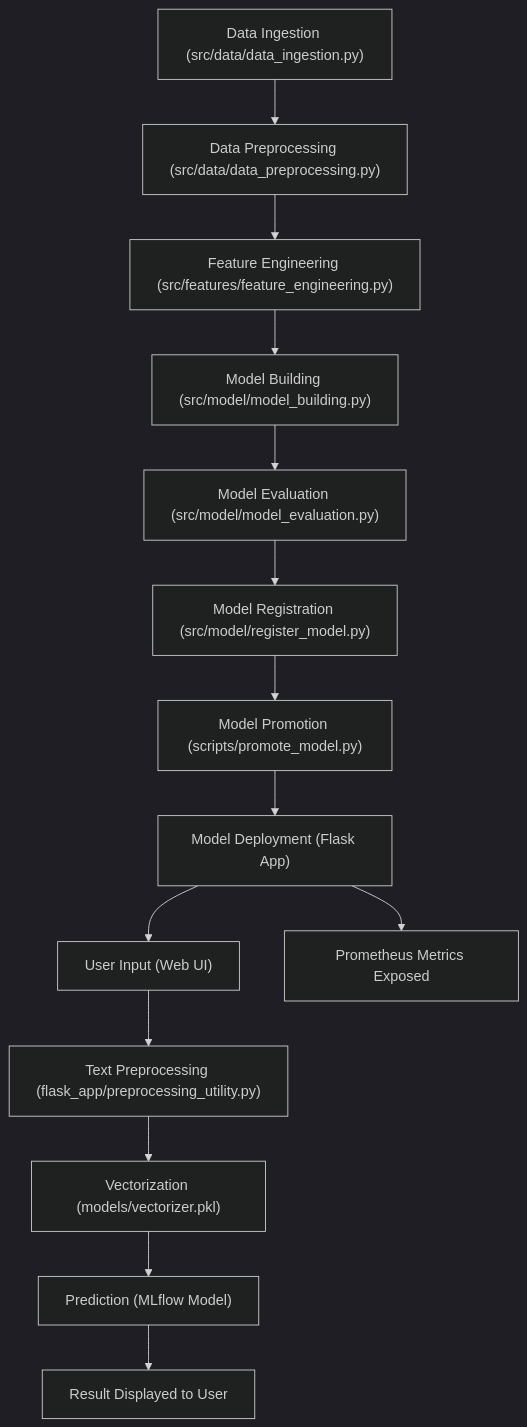
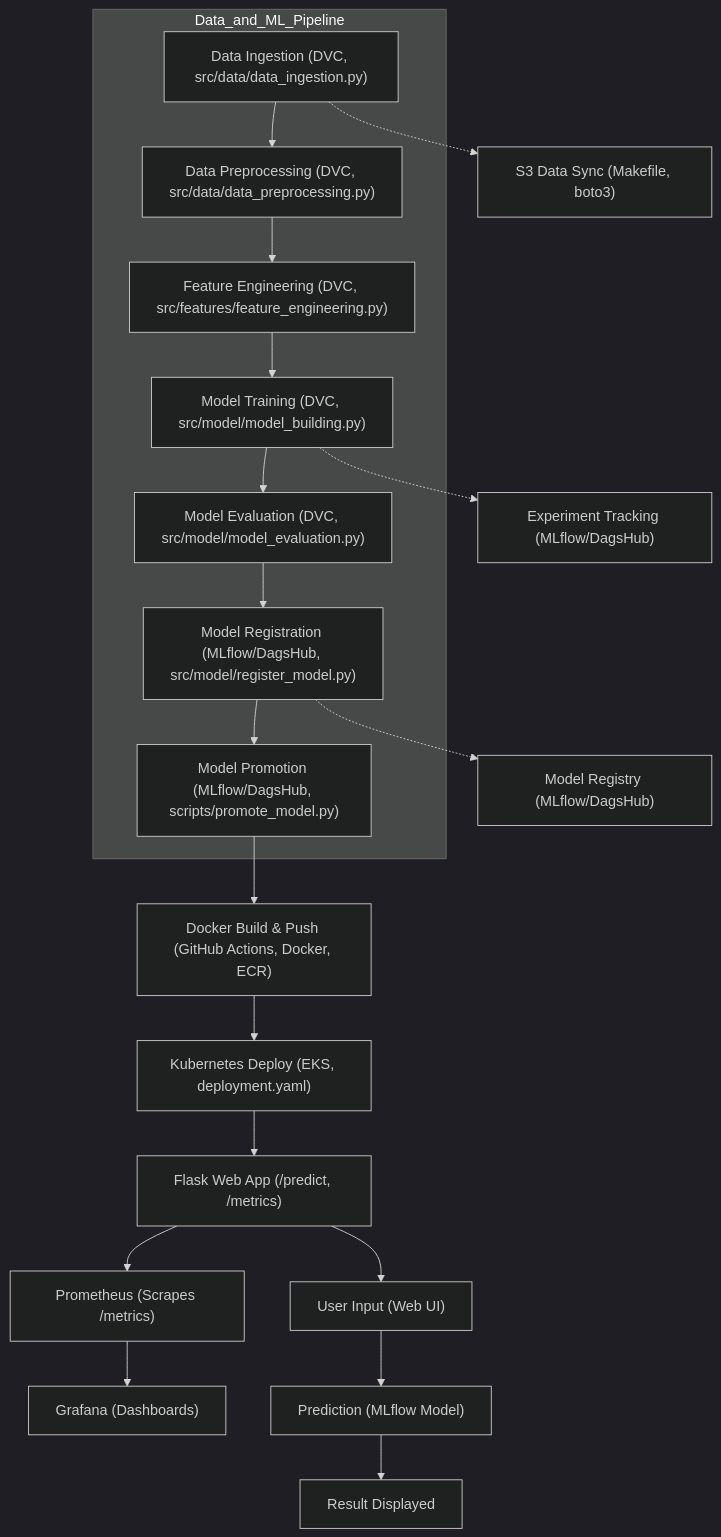
The diagram in README.md (extremecoder-rgb/Sentiment-Analysis-End-to-End-data-pipeline), drawn with Mermaid (dark theme) before and after one commit. The commit also changed other lines of this file and 3 other files, not shown here.

````diff
--- a/README.md
+++ b/README.md
@@ -92,16 +65,22 @@
 ```mermaid
 flowchart TD
-    A["Data Ingestion (src/data/data_ingestion.py)"] --> B["Data Preprocessing (src/data/data_preprocessing.py)"]
-    B --> C["Feature Engineering (src/features/feature_engineering.py)"]
-    C --> D["Model Building (src/model/model_building.py)"]
-    D --> E["Model Evaluation (src/model/model_evaluation.py)"]
-    E --> F["Model Registration (src/model/register_model.py)"]
-    F --> G["Model Promotion (scripts/promote_model.py)"]
-    G --> H["Model Deployment (Flask App)"]
-    H --> I["User Input (Web UI)"]
-    I --> J["Text Preprocessing (flask_app/preprocessing_utility.py)"]
-    J --> K["Vectorization (models/vectorizer.pkl)"]
-    K --> L["Prediction (MLflow Model)"]
-    L --> M["Result Displayed to User"]
-    H --> N["Prometheus Metrics Exposed"]
+    subgraph Data_and_ML_Pipeline
+        A["Data Ingestion (DVC, src/data/data_ingestion.py)"] --> B["Data Preprocessing (DVC, src/data/data_preprocessing.py)"]
+        B --> C["Feature Engineering (DVC, src/features/feature_engineering.py)"]
+        C --> D["Model Training (DVC, src/model/model_building.py)"]
+        D --> E["Model Evaluation (DVC, src/model/model_evaluation.py)"]
+        E --> F["Model Registration (MLflow/DagsHub, src/model/register_model.py)"]
+        F --> G["Model Promotion (MLflow/DagsHub, scripts/promote_model.py)"]
+    end
+    G --> H["Docker Build & Push (GitHub Actions, Docker, ECR)"]
+    H --> I["Kubernetes Deploy (EKS, deployment.yaml)"]
+    I --> J["Flask Web App (/predict, /metrics)"]
+    J --> K["Prometheus (Scrapes /metrics)"]
+    K --> L["Grafana (Dashboards)"]
+    J --> M["User Input (Web UI)"]
+    M --> N["Prediction (MLflow Model)"]
+    N --> O["Result Displayed"]
+    A -.-> P["S3 Data Sync (Makefile, boto3)"]
+    D -.-> Q["Experiment Tracking (MLflow/DagsHub)"]
+    F -.-> R["Model Registry (MLflow/DagsHub)"]
 ```
````
